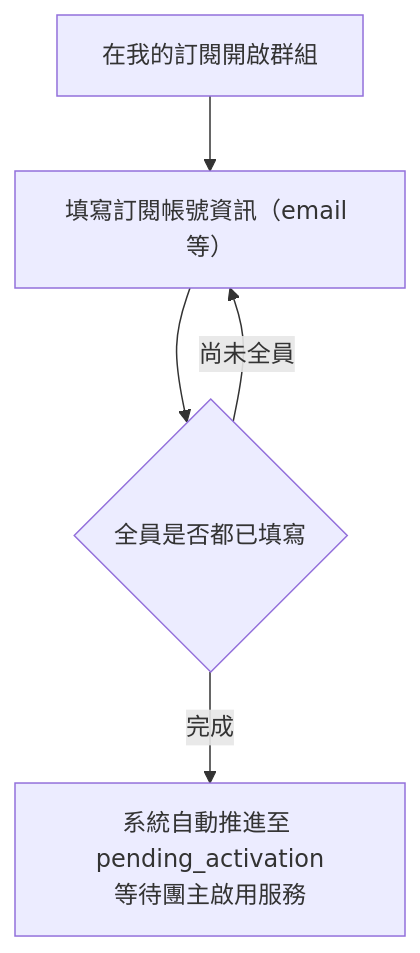
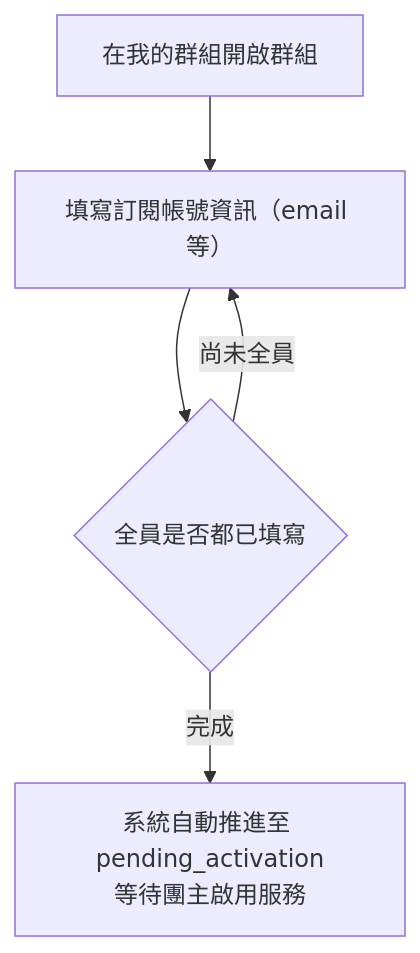
Before and after one commit to s1092055/PartyMatch: the fourth of 15 diagrams in docs/user-flows.md, drawn with Mermaid. The commit also changed other lines of this file and 16 other files, not shown here.

````diff
--- a/docs/user-flows.md
+++ b/docs/user-flows.md
@@ -77,7 +75,7 @@
 ```mermaid
 flowchart TD
-  A[在我的訂閱開啟群組] --> B[填寫訂閱帳號資訊（email 等）]
+  A[在我的群組開啟群組] --> B[填寫訂閱帳號資訊（email 等）]
   B --> C{全員是否都已填寫}
   C -->|尚未全員| B
   C -->|完成| D[系統自動推進至 pending_activation\n等待團主啟用服務]
 ```
````
